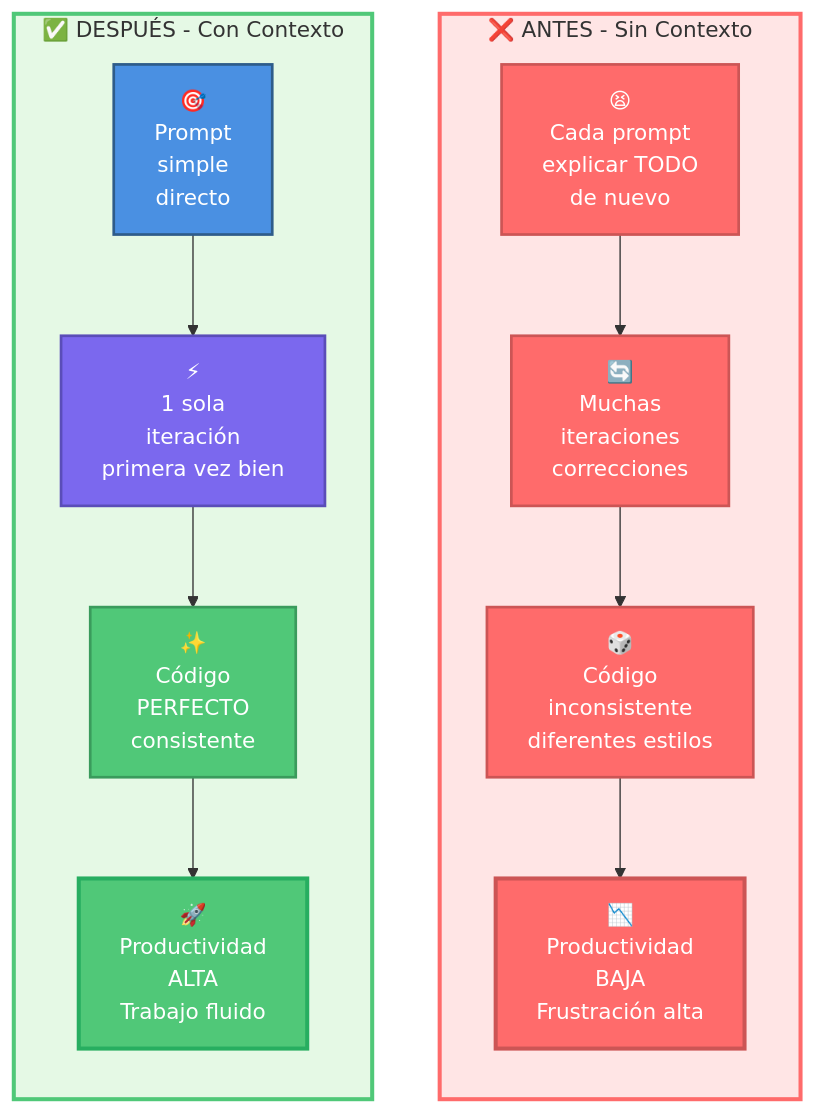
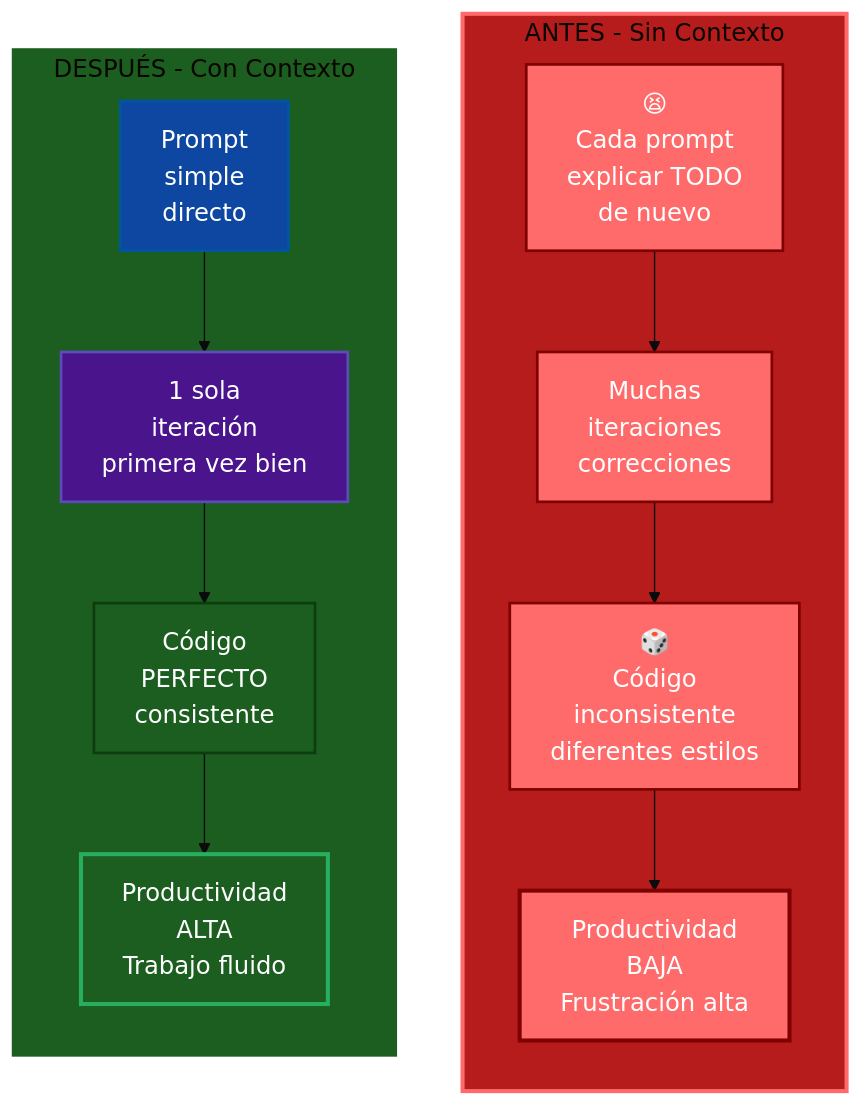
Before and after one commit to Ai-Whisperers/Courses-Content: the eighth of 8 diagrams in courses/🟡-development/FPUNA-2026/00-FUNDAMENTOS-PRINCIPALES/04-ingenieria-contexto.md, drawn with Mermaid. The commit also changed other lines of this file and 47 other files, not shown here.

First line of the commit message:
fix: Make all 473 diagrams WCAG AAA accessible (FPUNA-2026)

````diff
--- a/courses/🟡-development/FPUNA-2026/00-FUNDAMENTOS-PRINCIPALES/04-ingenieria-contexto.md
+++ b/courses/🟡-development/FPUNA-2026/00-FUNDAMENTOS-PRINCIPALES/04-ingenieria-contexto.md
@@ -1065,29 +1073,30 @@
 ```mermaid
+%%{init: {'theme':'base', 'themeVariables': {'fontSize':'18px'}}}%%
 graph TB
-    subgraph before["❌ ANTES - Sin Contexto"]
+    subgraph before["ANTES - Sin Contexto"]
         direction TB
-        A1["😫<br/>Cada prompt<br/>explicar TODO<br/>de nuevo"] --> B1["🔄<br/>Muchas<br/>iteraciones<br/>correcciones"]
+        A1["😫<br/>Cada prompt<br/>explicar TODO<br/>de nuevo"] --> B1["Muchas<br/>iteraciones<br/>correcciones"]
         B1 --> C1["🎲<br/>Código<br/>inconsistente<br/>diferentes estilos"]
-        C1 --> D1["📉<br/>Productividad<br/>BAJA<br/>Frustración alta"]
+        C1 --> D1["Productividad<br/>BAJA<br/>Frustración alta"]
     end
     
-    subgraph after["✅ DESPUÉS - Con Contexto"]
+    subgraph after["DESPUÉS - Con Contexto"]
         direction TB
-        A2["🎯<br/>Prompt<br/>simple<br/>directo"] --> B2["⚡<br/>1 sola<br/>iteración<br/>primera vez bien"]
-        B2 --> C2["✨<br/>Código<br/>PERFECTO<br/>consistente"]
-        C2 --> D2["🚀<br/>Productividad<br/>ALTA<br/>Trabajo fluido"]
+        A2["Prompt<br/>simple<br/>directo"] --> B2["1 sola<br/>iteración<br/>primera vez bien"]
+        B2 --> C2["Código<br/>PERFECTO<br/>consistente"]
+        C2 --> D2["Productividad<br/>ALTA<br/>Trabajo fluido"]
     end
     
-    style before fill:#FFE5E5,stroke:#FF6B6B,stroke-width:3px
-    style after fill:#E5F9E5,stroke:#50C878,stroke-width:3px
+    style before fill:#b71c1c,stroke:#FF6B6B,stroke-width:3px
+    style after fill:#1b5e20,stroke:#1b5e20,stroke-width:3px
     
-    style A1 fill:#FF6B6B,stroke:#CC5555,stroke-width:2px,color:#fff
-    style B1 fill:#FF6B6B,stroke:#CC5555,stroke-width:2px,color:#fff
-    style C1 fill:#FF6B6B,stroke:#CC5555,stroke-width:2px,color:#fff
-    style D1 fill:#FF6B6B,stroke:#CC5555,stroke-width:3px,color:#fff
+    style A1 fill:#FF6B6B,stroke:#7f0000,stroke-width:2px,color:#fff
+    style B1 fill:#FF6B6B,stroke:#7f0000,stroke-width:2px,color:#fff
+    style C1 fill:#FF6B6B,stroke:#7f0000,stroke-width:2px,color:#fff
+    style D1 fill:#FF6B6B,stroke:#7f0000,stroke-width:3px,color:#fff
     
-    style A2 fill:#4A90E2,stroke:#2E5C8A,stroke-width:2px,color:#fff
-    style B2 fill:#7B68EE,stroke:#5A4DB8,stroke-width:2px,color:#fff
-    style C2 fill:#50C878,stroke:#3A9B5C,stroke-width:2px,color:#fff
-    style D2 fill:#50C878,stroke:#27AE60,stroke-width:3px,color:#fff
+    style A2 fill:#0d47a1,stroke:#01579b,stroke-width:2px,color:#fff
+    style B2 fill:#4a148c,stroke:#5A4DB8,stroke-width:2px,color:#fff
+    style C2 fill:#1b5e20,stroke:#0d3d0f,stroke-width:2px,color:#fff
+    style D2 fill:#1b5e20,stroke:#27AE60,stroke-width:3px,color:#fff
 ```
````
